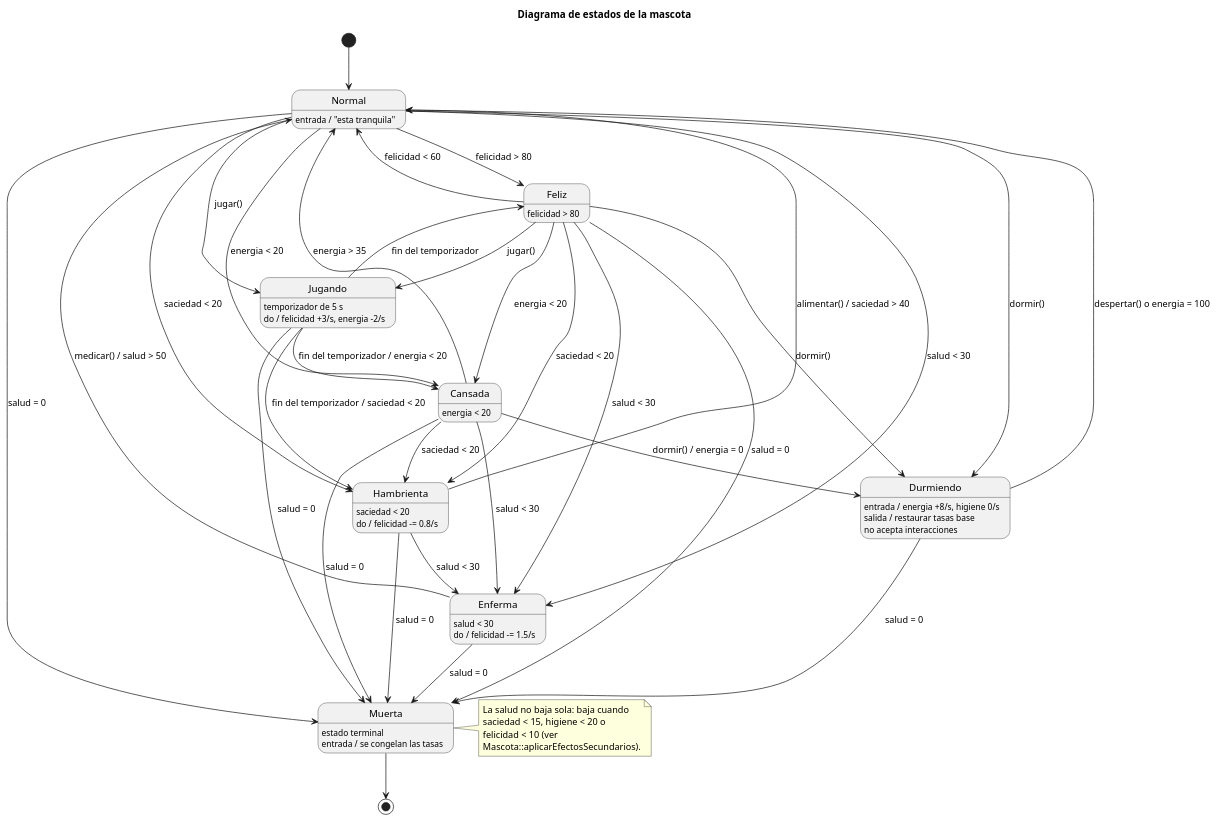
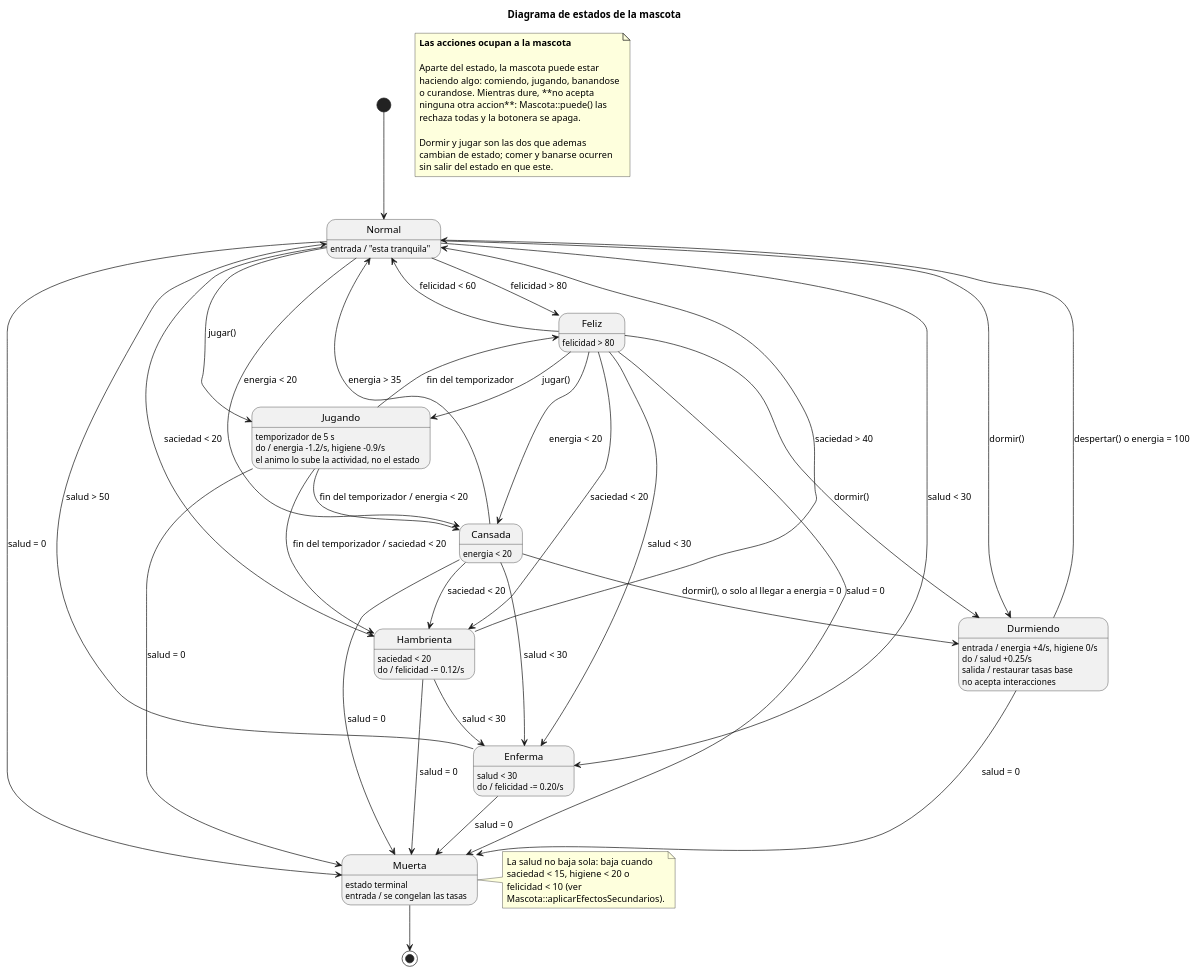
One commit to EberGarza/Proyecto6P changed the diagram in docs/diagrama_estados.puml. Above: the diagram before and after it, drawn with PlantUML. The commit also changed 90 other files, not shown here.

```diff
--- a/docs/diagrama_estados.puml
+++ b/docs/diagrama_estados.puml
@@ -1,98 +1,114 @@
 @startuml diagrama_estados
 ' ============================================================
 '  VirtualPet - Diagrama de estados de la mascota
 '  Refleja las transiciones implementadas en src/Estados.cpp
 ' ============================================================
 
 title Diagrama de estados de la mascota
 
 [*] --> Normal
 
 state Normal {
   Normal : entrada / "esta tranquila"
 }
 
 state Feliz {
   Feliz : felicidad > 80
 }
 
 state Hambrienta {
   Hambrienta : saciedad < 20
-  Hambrienta : do / felicidad -= 0.8/s
+  Hambrienta : do / felicidad -= 0.12/s
 }
 
 state Cansada {
   Cansada : energia < 20
 }
 
 state Durmiendo {
-  Durmiendo : entrada / energia +8/s, higiene 0/s
+  Durmiendo : entrada / energia +4/s, higiene 0/s
+  Durmiendo : do / salud +0.25/s
   Durmiendo : salida / restaurar tasas base
   Durmiendo : no acepta interacciones
 }
 
 state Enferma {
   Enferma : salud < 30
-  Enferma : do / felicidad -= 1.5/s
+  Enferma : do / felicidad -= 0.20/s
 }
 
 state Jugando {
   Jugando : temporizador de 5 s
-  Jugando : do / felicidad +3/s, energia -2/s
+  Jugando : do / energia -1.2/s, higiene -0.9/s
+  Jugando : el animo lo sube la actividad, no el estado
 }
 
 state Muerta {
   Muerta : estado terminal
   Muerta : entrada / se congelan las tasas
 }
 
 ' --- Transiciones por necesidades (prioridad: salud > hambre > energia) ---
 Normal      --> Feliz       : felicidad > 80
 Feliz       --> Normal      : felicidad < 60
 Normal      --> Hambrienta  : saciedad < 20
 Feliz       --> Hambrienta  : saciedad < 20
-Hambrienta  --> Normal      : alimentar() / saciedad > 40
+Hambrienta  --> Normal      : saciedad > 40
 Normal      --> Cansada     : energia < 20
 Feliz       --> Cansada     : energia < 20
 Cansada     --> Normal      : energia > 35
 Cansada     --> Hambrienta  : saciedad < 20
 
 ' --- Sueno ---
 Normal      --> Durmiendo   : dormir()
 Feliz       --> Durmiendo   : dormir()
-Cansada     --> Durmiendo   : dormir() / energia = 0
+Cansada     --> Durmiendo   : dormir(), o solo al llegar a energia = 0
 Durmiendo   --> Normal      : despertar() o energia = 100
 
 ' --- Enfermedad ---
 Normal      --> Enferma     : salud < 30
 Feliz       --> Enferma     : salud < 30
 Hambrienta  --> Enferma     : salud < 30
 Cansada     --> Enferma     : salud < 30
-Enferma     --> Normal      : medicar() / salud > 50
+Enferma     --> Normal      : salud > 50
 
 ' --- Juego ---
 Normal      --> Jugando     : jugar()
 Feliz       --> Jugando     : jugar()
 Jugando     --> Feliz       : fin del temporizador
 Jugando     --> Hambrienta  : fin del temporizador / saciedad < 20
 Jugando     --> Cansada     : fin del temporizador / energia < 20
 
 ' --- Muerte ---
 Normal      --> Muerta      : salud = 0
 Feliz       --> Muerta      : salud = 0
 Hambrienta  --> Muerta      : salud = 0
 Cansada     --> Muerta      : salud = 0
 Durmiendo   --> Muerta      : salud = 0
 Enferma     --> Muerta      : salud = 0
 Jugando     --> Muerta      : salud = 0
 
 Muerta --> [*]
 
 note right of Muerta
   La salud no baja sola: baja cuando
   saciedad < 15, higiene < 20 o
   felicidad < 10 (ver
   Mascota::aplicarEfectosSecundarios).
 end note
 
+note as ActividadNota
+  **Las acciones ocupan a la mascota**
+
+  Aparte del estado, la mascota puede estar
+  haciendo algo: comiendo, jugando, banandose
+  o curandose. Mientras dure, **no acepta
+  ninguna otra accion**: Mascota::puede() las
+  rechaza todas y la botonera se apaga.
+
+  Dormir y jugar son las dos que ademas
+  cambian de estado; comer y banarse ocurren
+  sin salir del estado en que este.
+end note
+
 @enduml
```
